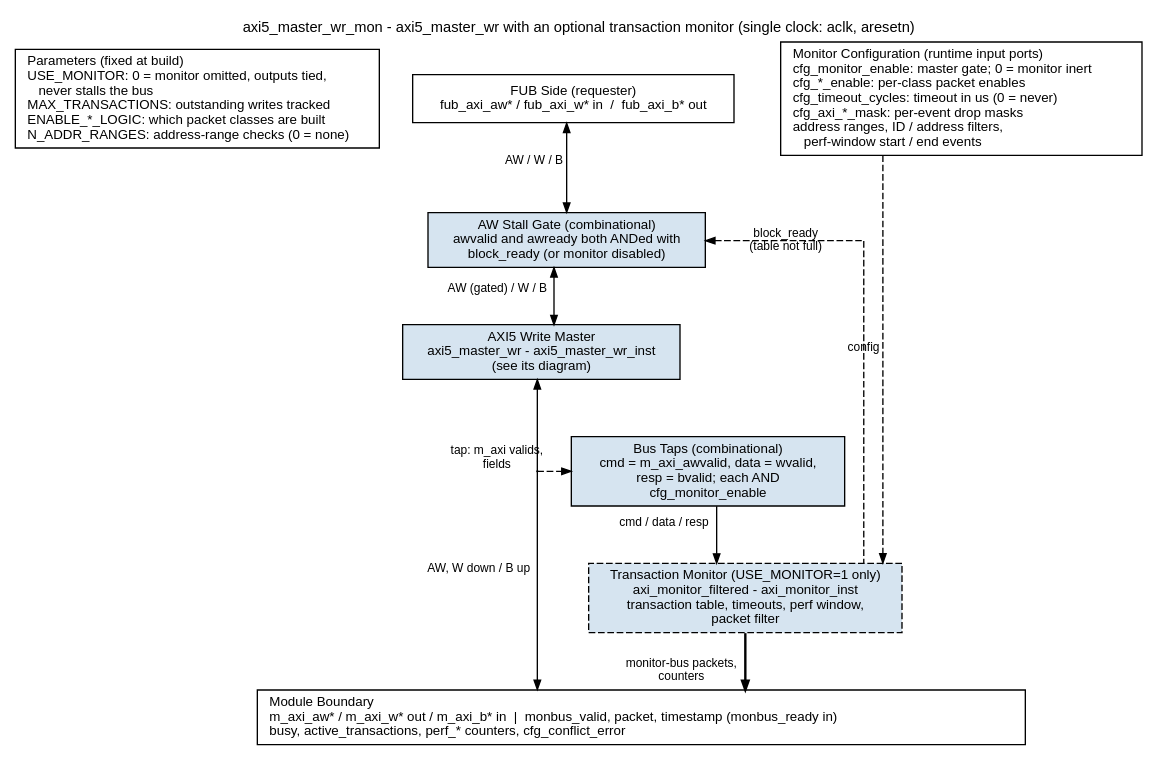
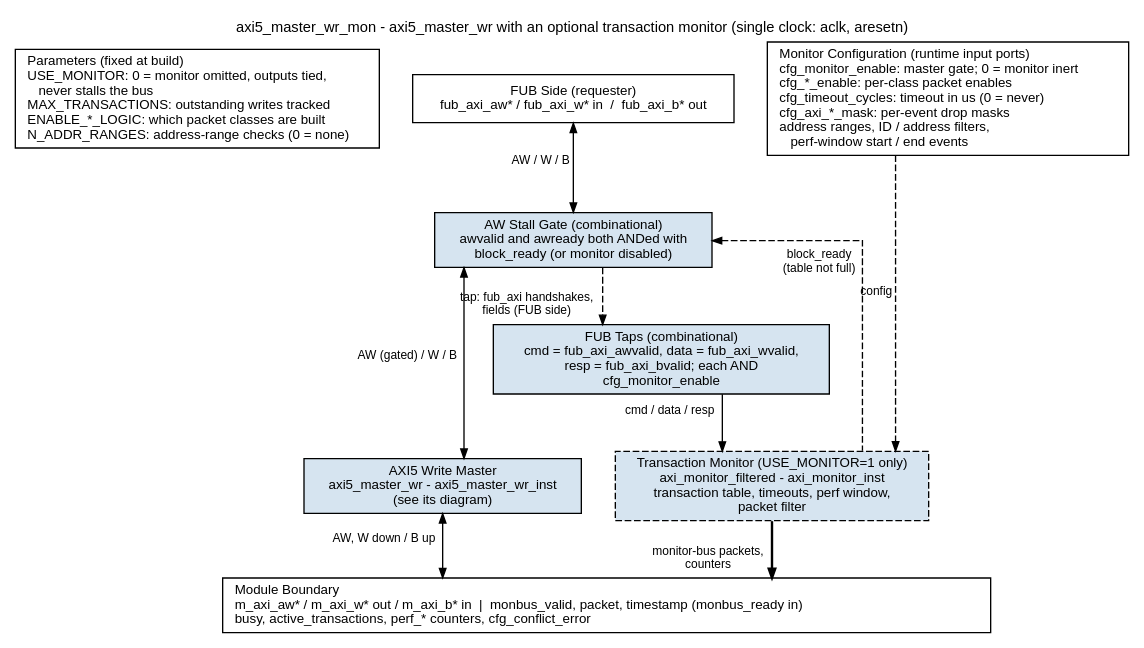
One commit to sean-galloway/RTLDesignSherpa changed the diagram in docs/markdown/assets/rtl-amba/graphviz/axi5_master_wr_mon.dot. Above: the diagram before and after it, drawn with Graphviz. The commit also changed 118 other files, not shown here.

First line of the commit message:
fix(amba): monitors tap the FUB side; consistent busy; EARLY_BURSTS (Fixes #108, Fixes #113)

```diff
--- a/docs/markdown/assets/rtl-amba/graphviz/axi5_master_wr_mon.dot
+++ b/docs/markdown/assets/rtl-amba/graphviz/axi5_master_wr_mon.dot
@@ -1,44 +1,41 @@
 // axi5_master_wr_mon block diagram - house style (vault/handbook/authoring/block-diagrams.md).
 // Monitored wrapper: the base axi5_master_wr is one child box (see its own diagram).
 // AXI traffic runs down the left column through the AW stall gate; the monitor taps the
-// m_axi side and emits monitor-bus packets (the heavy edge). A full transaction table
+// FUB side at the stall gate (owner rule: monitors tap the FUB side, for timing) and emits monitor-bus packets (the heavy edge). A full transaction table
 // pushes back on the AR gate through block_ready.
 // Source of truth: rtl/amba/axi5/axi5_master_wr_mon.sv.
 digraph axi5_master_wr_mon {
     graph [rankdir=TB, bgcolor="white", fontname="Helvetica", fontsize=11,
            nodesep="0.35", ranksep="0.60", splines=ortho, newrank=true,
            label="axi5_master_wr_mon - axi5_master_wr with an optional transaction monitor (single clock: aclk, aresetn)",
            labelloc=t, labeljust=c];
     node  [fontname="Helvetica", fontsize=10, shape=box, style=filled,
            fillcolor="#D6E4F0", color="black", margin="0.12,0.06"];
     edge  [fontname="Helvetica", fontsize=9, color="black", arrowsize=0.7];
 
     prm  [label="Parameters (fixed at build)\lUSE_MONITOR: 0 = monitor omitted, outputs tied,\l    never stalls the bus\lMAX_TRANSACTIONS: outstanding writes tracked\lENABLE_*_LOGIC: which packet classes are built\lN_ADDR_RANGES: address-range checks (0 = none)\l", fillcolor="white"];
     fub  [label="FUB Side (requester)\nfub_axi_aw* / fub_axi_w* in  /  fub_axi_b* out", fillcolor="white"];
     cfg  [label="Monitor Configuration (runtime input ports)\lcfg_monitor_enable: master gate; 0 = monitor inert\lcfg_*_enable: per-class packet enables\lcfg_timeout_cycles: timeout in us (0 = never)\lcfg_axi_*_mask: per-event drop masks\laddress ranges, ID / address filters,\l    perf-window start / end events\l", fillcolor="white"];
 
     gate [label="AW Stall Gate (combinational)\nawvalid and awready both ANDed with\nblock_ready (or monitor disabled)"];
     base [label="AXI5 Write Master\naxi5_master_wr - axi5_master_wr_inst\n(see its diagram)"];
-    taps [label="Bus Taps (combinational)\ncmd = m_axi_awvalid, data = wvalid,\nresp = bvalid; each AND\ncfg_monitor_enable"];
+    taps [label="FUB Taps (combinational)\ncmd = fub_axi_awvalid, data = fub_axi_wvalid,\nresp = fub_axi_bvalid; each AND\ncfg_monitor_enable"];
     mon  [label="Transaction Monitor (USE_MONITOR=1 only)\naxi_monitor_filtered - axi_monitor_inst\ntransaction table, timeouts, perf window,\npacket filter", style="filled,dashed"];
 
     bar  [label="Module Boundary\lm_axi_aw* / m_axi_w* out / m_axi_b* in  |  monbus_valid, packet, timestamp (monbus_ready in)\lbusy, active_transactions, perf_* counters, cfg_conflict_error\l",
           fillcolor="white", width=8.0];
 
     // AXI path: down the left (requests down, responses back up on the same pair)
     fub  -> gate [dir=both, xlabel="AW / W / B"];
     gate -> base [dir=both, xlabel="AW (gated) / W / B"];
-    p_ax [shape=point, width=0.01];
-    base -> p_ax [dir=back, headclip=false];
-    p_ax -> bar  [dir=forward, tailclip=false, xlabel="AW, W down / B up"];
+    base -> bar  [dir=both, xlabel="AW, W down / B up"];
     // observation and packets
-    p_ax -> taps [style=dashed, tailclip=false, xlabel="tap: m_axi valids,\nfields"];
+    gate -> taps [style=dashed, xlabel="tap: fub_axi handshakes,\nfields (FUB side)"];
     taps -> mon  [xlabel="cmd / data / resp"];
     mon  -> bar  [penwidth=1.8, xlabel="monitor-bus packets,\ncounters"];
-    gate -> mon  [style=dashed, dir=back, constraint=false, taillabel="block_ready\n(table not full)", labelangle=0, labeldistance=6];
+    gate -> mon  [style=dashed, dir=back, constraint=false, xlabel="block_ready\n(table not full)"];
     cfg  -> mon  [style=dashed, xlabel="config"];
 
     { rank=same; prm; fub; cfg; }
-    { rank=same; taps; p_ax; }
     prm -> fub [style=invis]; fub -> cfg [style=invis];
 }
```
